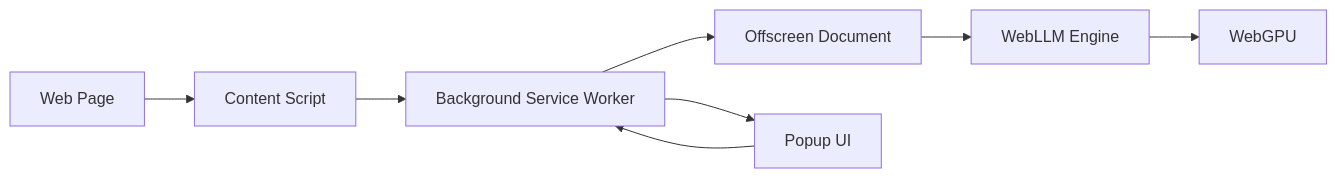
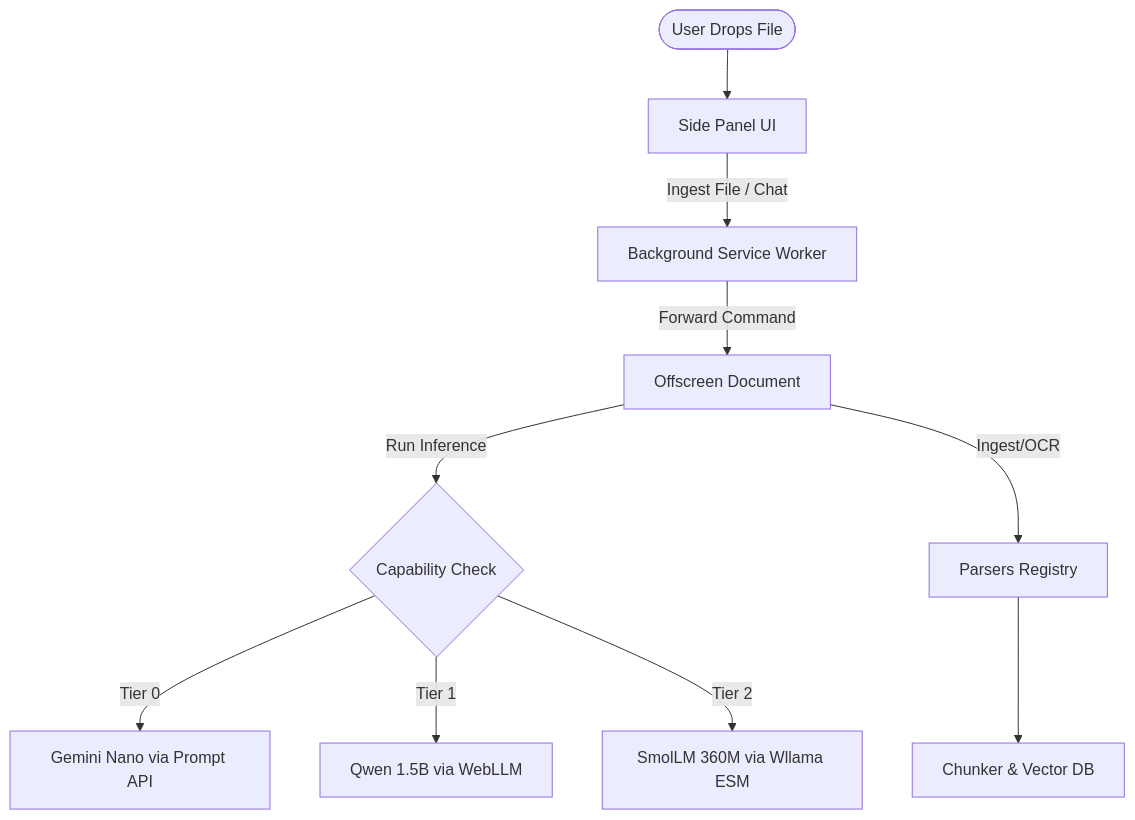
The diagram in README.md (pras-ops/WebLLM_Document_Reader), drawn with Mermaid before and after one commit. The commit also changed other lines of this file and 33 other files, not shown here.

Commit message:
refactor: migrate extension popup to sidepanel, integrate offscreen RAG engine, and clean up docs

````diff
--- a/README.md
+++ b/README.md
@@ -225,10 +34,12 @@
 ```mermaid
-graph LR
-    A[Web Page] --> B[Content Script]
-    B --> C[Background Service Worker]
-    C --> D[Offscreen Document]
-    D --> E[WebLLM Engine]
-    E --> F[WebGPU]
-    C --> G[Popup UI]
-    G --> C
+graph TD
+    User([User Drops File]) --> SP[Side Panel UI]
+    SP -- Ingest File / Chat --> BG[Background Service Worker]
+    BG -- Forward Command --> OS[Offscreen Document]
+    OS -- Run Inference --> HW{Capability Check}
+    HW -- Tier 0 --> Gemini[Gemini Nano via Prompt API]
+    HW -- Tier 1 --> WebGPU[Qwen 1.5B via WebLLM]
+    HW -- Tier 2 --> WASM[SmolLM 360M via Wllama ESM]
+    OS -- Ingest/OCR --> Parsers[Parsers Registry]
+    Parsers --> Chunker[Chunker & Vector DB]
 ```
````
